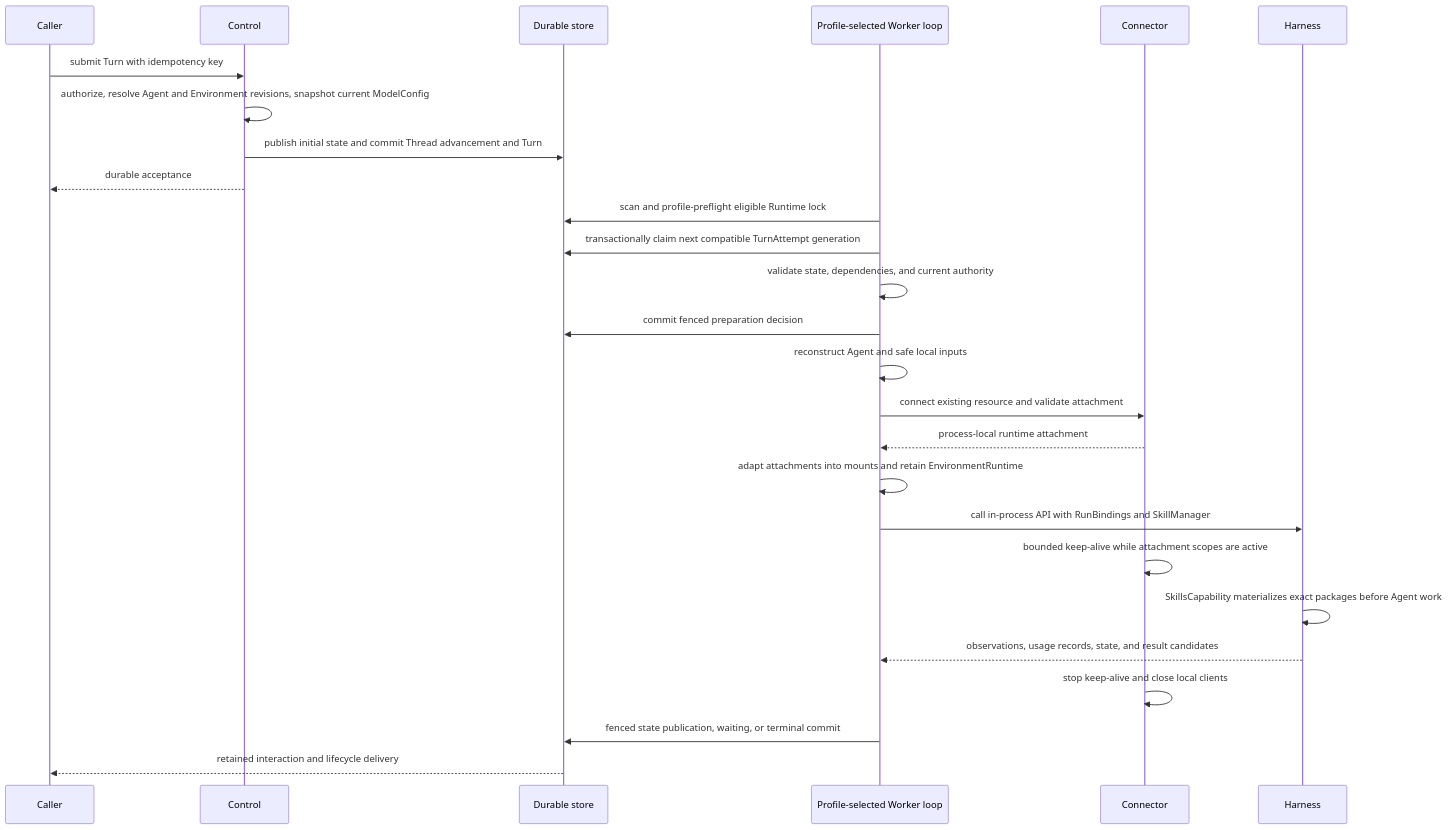
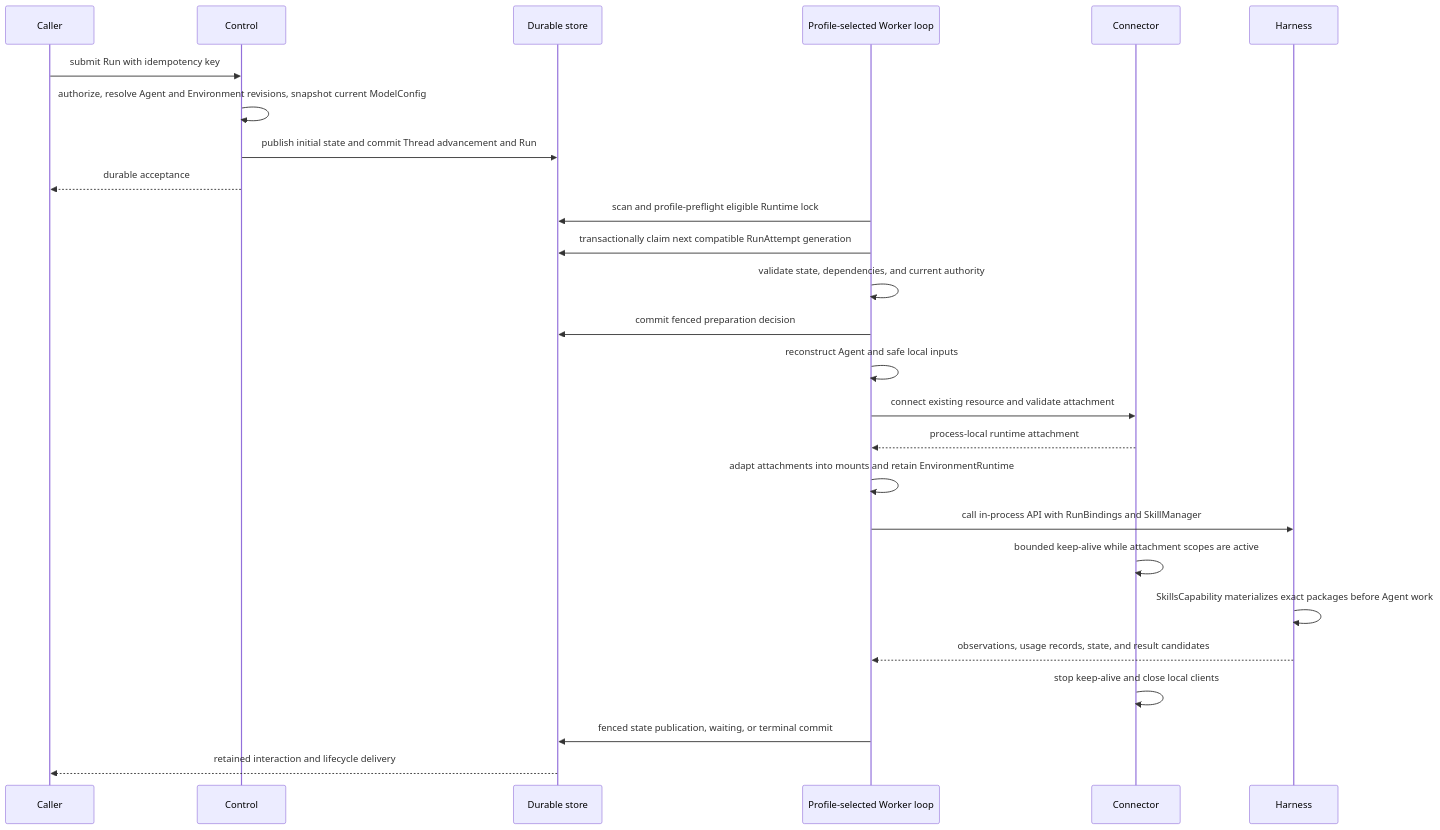
One commit to LTThreeComma/agent-foundation changed the second of 3 diagrams in spec/foundation-service/00-overview.md. Above: the diagram before and after it, drawn with Mermaid. The commit also changed other lines of this file and 50 other files, not shown here.

````diff
--- a/spec/foundation-service/00-overview.md
+++ b/spec/foundation-service/00-overview.md
@@ -109,29 +109,29 @@
 ```mermaid
 sequenceDiagram
     participant Caller
     participant Control
     participant DB as Durable store
     participant Worker as Profile-selected Worker loop
     participant Connector
     participant Harness
 
-    Caller->>Control: submit Turn with idempotency key
+    Caller->>Control: submit Run with idempotency key
     Control->>Control: authorize, resolve Agent and Environment revisions, snapshot current ModelConfig
-    Control->>DB: publish initial state and commit Thread advancement and Turn
+    Control->>DB: publish initial state and commit Thread advancement and Run
     Control-->>Caller: durable acceptance
     Worker->>DB: scan and profile-preflight eligible Runtime lock
-    Worker->>DB: transactionally claim next compatible TurnAttempt generation
+    Worker->>DB: transactionally claim next compatible RunAttempt generation
     Worker->>Worker: validate state, dependencies, and current authority
     Worker->>DB: commit fenced preparation decision
     Worker->>Worker: reconstruct Agent and safe local inputs
     Worker->>Connector: connect existing resource and validate attachment
     Connector-->>Worker: process-local runtime attachment
     Worker->>Worker: adapt attachments into mounts and retain EnvironmentRuntime
     Worker->>Harness: call in-process API with RunBindings and SkillManager
     Connector->>Connector: bounded keep-alive while attachment scopes are active
     Harness->>Harness: SkillsCapability materializes exact packages before Agent work
     Harness-->>Worker: observations, usage records, state, and result candidates
     Connector->>Connector: stop keep-alive and close local clients
     Worker->>DB: fenced state publication, waiting, or terminal commit
     DB-->>Caller: retained interaction and lifecycle delivery
 ```
````
